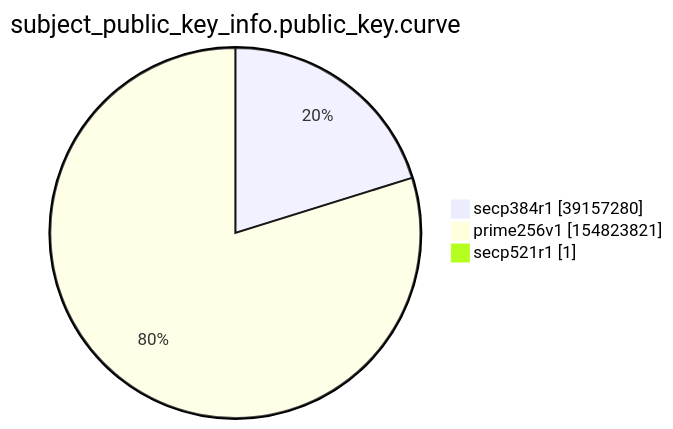
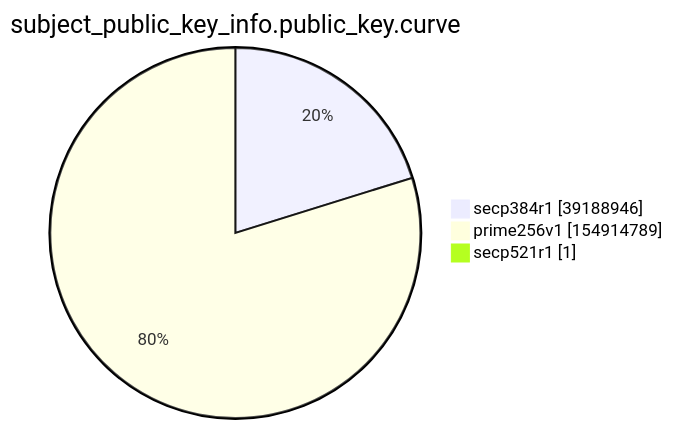
Before and after one commit to christiankrug/ctmonitor_visualization: the ninth of 15 diagrams in xenon2022/README.md, drawn with Mermaid. The commit also changed other lines of this file, not shown here.

````diff
--- a/xenon2022/README.md
+++ b/xenon2022/README.md
@@ -2863,7 +2863,7 @@
 ```mermaid
 pie showData
 title subject_public_key_info.public_key.curve
-"secp384r1" :39157280
-"prime256v1" :154823821
+"secp384r1" :39188946
+"prime256v1" :154914789
 "secp521r1" :1
 ```
````
